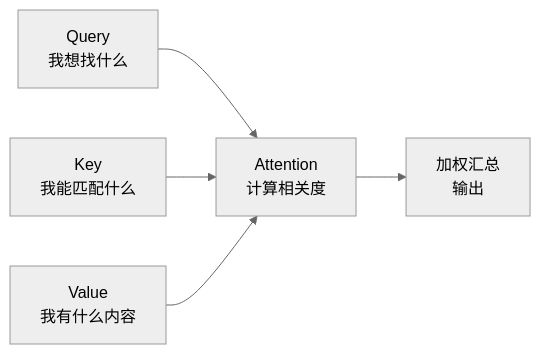
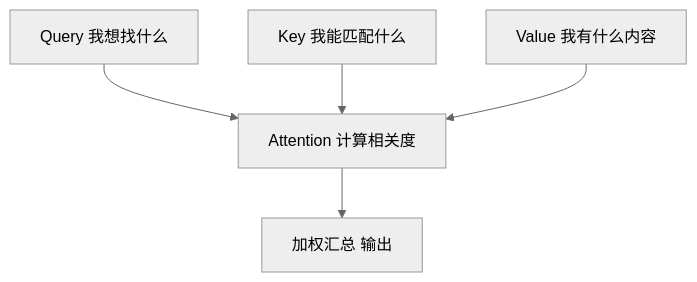
The fourth of 8 diagrams in 01-基础理论/模型架构演进.md (salad18/AutoDriveLearningNote), drawn with Mermaid (neutral theme) before and after one commit. The commit also changed other lines of this file and 40 other files, not shown here.

First line of the commit message:
docs: 新增数据闭环/面试/热点系列笔记，mermaid 图统一竖排

````diff
--- a/01-基础理论/模型架构演进.md
+++ b/01-基础理论/模型架构演进.md
@@ -122,7 +112,7 @@
 ```mermaid
-graph LR
-    Q[Query<br/>我想找什么] --> Attn[Attention<br/>计算相关度]
-    K[Key<br/>我能匹配什么] --> Attn
-    V[Value<br/>我有什么内容] --> Attn
-    Attn --> Out[加权汇总<br/>输出]
+flowchart TD
+    Q[Query 我想找什么] --> Attn[Attention 计算相关度]
+    K[Key 我能匹配什么] --> Attn
+    V[Value 我有什么内容] --> Attn
+    Attn --> Out[加权汇总 输出]
 ```
````
